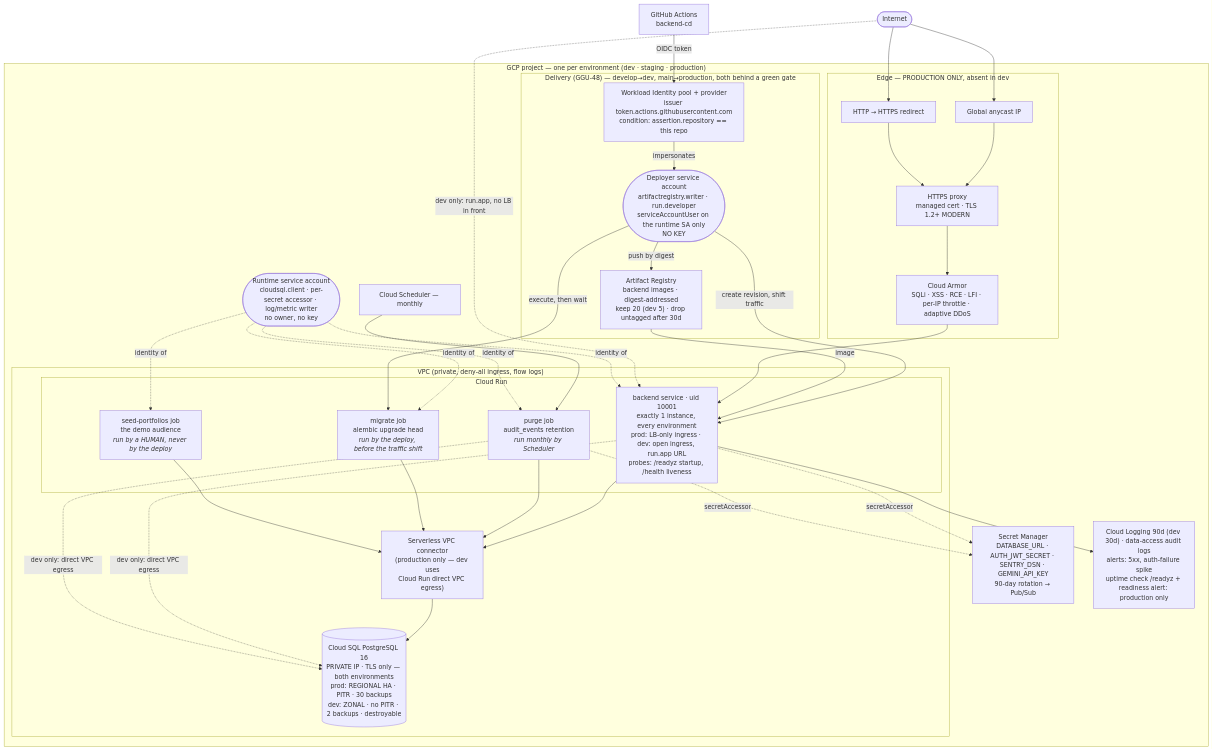
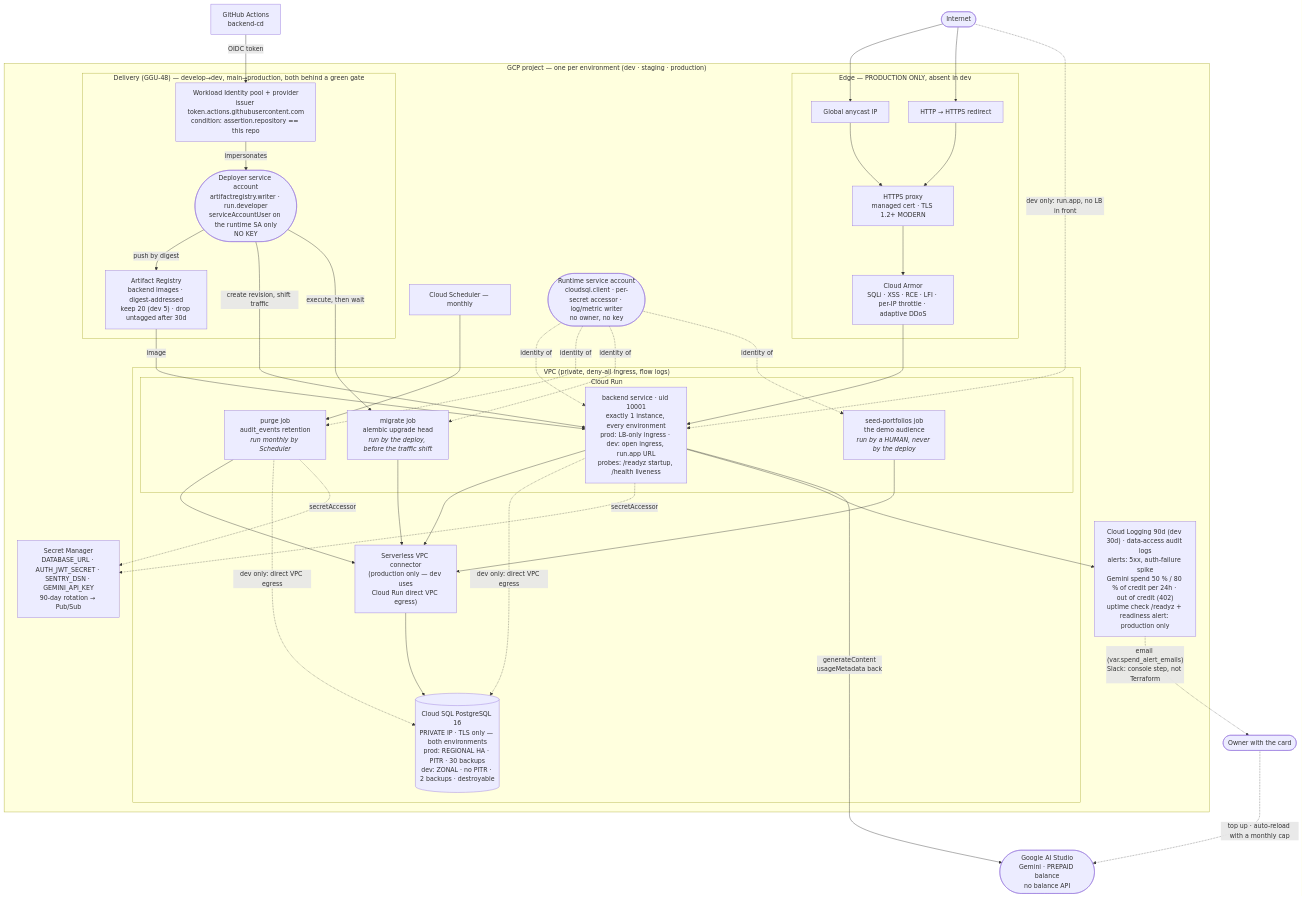
Before and after one commit to somnio-projects/finance-google-a2ui: the diagram in docs/diagrams/08-infrastructure.md, drawn with Mermaid. The commit also changed other lines of this file and 31 other files, not shown here.

```diff
--- a/docs/diagrams/08-infrastructure.md
+++ b/docs/diagrams/08-infrastructure.md
@@ -25,7 +25,7 @@
             sql[("Cloud SQL PostgreSQL 16<br/>PRIVATE IP · TLS only — both environments<br/>prod: REGIONAL HA · PITR · 30 backups<br/>dev: ZONAL · no PITR · 2 backups · destroyable")]
         end
         sm["Secret Manager<br/>DATABASE_URL · AUTH_JWT_SECRET · SENTRY_DSN · GEMINI_API_KEY<br/>90-day rotation → Pub/Sub"]
-        obs["Cloud Logging 90d (dev 30d) · data-access audit logs<br/>alerts: 5xx, auth-failure spike<br/>uptime check /readyz + readiness alert: production only"]
+        obs["Cloud Logging 90d (dev 30d) · data-access audit logs<br/>alerts: 5xx, auth-failure spike<br/>Gemini spend 50 % / 80 % of credit per 24h · out of credit (402)<br/>uptime check /readyz + readiness alert: production only"]
         sched["Cloud Scheduler — monthly"]
         sa(["Runtime service account<br/>cloudsql.client · per-secret accessor · log/metric writer<br/>no owner, no key"])
         subgraph delivery["Delivery (GGU-48) — develop→dev, main→production, both behind a green gate"]
@@ -53,13 +53,21 @@
     svc -. "secretAccessor" .-> sm
     job -. "secretAccessor" .-> sm
     svc --> obs
+    aistudio(["Google AI Studio<br/>Gemini · PREPAID balance<br/>no balance API"])
+    svc -->|"generateContent<br/>usageMetadata back"| aistudio
+    obs -. "email (var.spend_alert_emails)<br/>Slack: console step, not Terraform" .-> human(["Owner with the card"])
+    human -. "top up · auto-reload with a monthly cap" .-> aistudio
     sa -.->|"identity of"| svc
     sa -.->|"identity of"| job
     sa -.->|"identity of"| mig
     sa -.->|"identity of"| seed
     dsa -->|"execute, then wait"| mig
 
-    %% Everything here is Terraform: infra/{network,database,secrets,iam,run,edge,observability,delivery}.tf
+    %% The Gemini alerts read OUR estimate (agent.turn estimated_cost_usd,
+    %% backend spec 0058), never the real balance: AI Studio has no balance API
+    %% for a prepaid key. The edges to the owner are dashed because the email
+    %% list defaults to empty and Slack needs a human OAuth grant.
+    %% Everything here is Terraform: infra/{network,database,secrets,iam,run,edge,observability,gemini_spend,delivery}.tf
     %% trivy config: 0 misconfigurations. Apply is GGU-29.
     %% The edge subgraph and the connector are counted out of dev by local.ephemeral
     %% (main.tf). Dev therefore has NO WAF, NO edge rate limit and NO HA — a real
```
